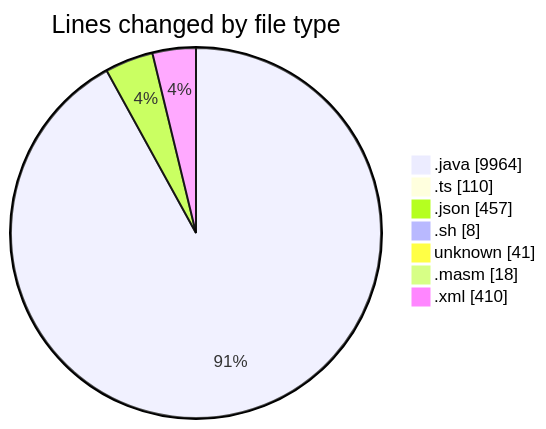
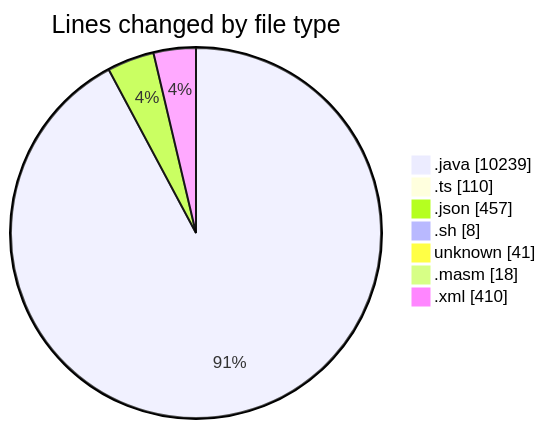
One commit to charlie-sans/code-tracking changed the first of 2 diagrams in 2025-02-20/micros/README.md. Above: the diagram before and after it, drawn with Mermaid. The commit also changed other lines of this file and 1 other file, not shown here.

````diff
--- a/2025-02-20/micros/README.md
+++ b/2025-02-20/micros/README.md
@@ -56,11 +56,11 @@
 ```mermaid
 pie showData
 title Lines changed by file type
-".java" : 9964
+".java" : 10239
 ".ts" : 110
 ".json" : 457
 ".sh" : 8
 "unknown" : 41
 ".masm" : 18
 ".xml" : 410
 ```
````
